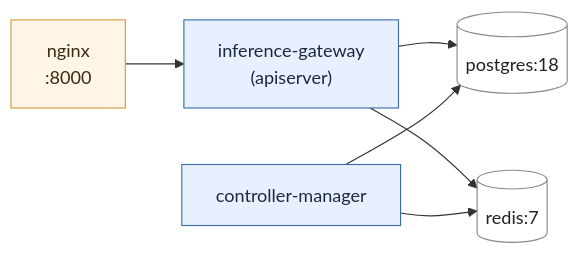
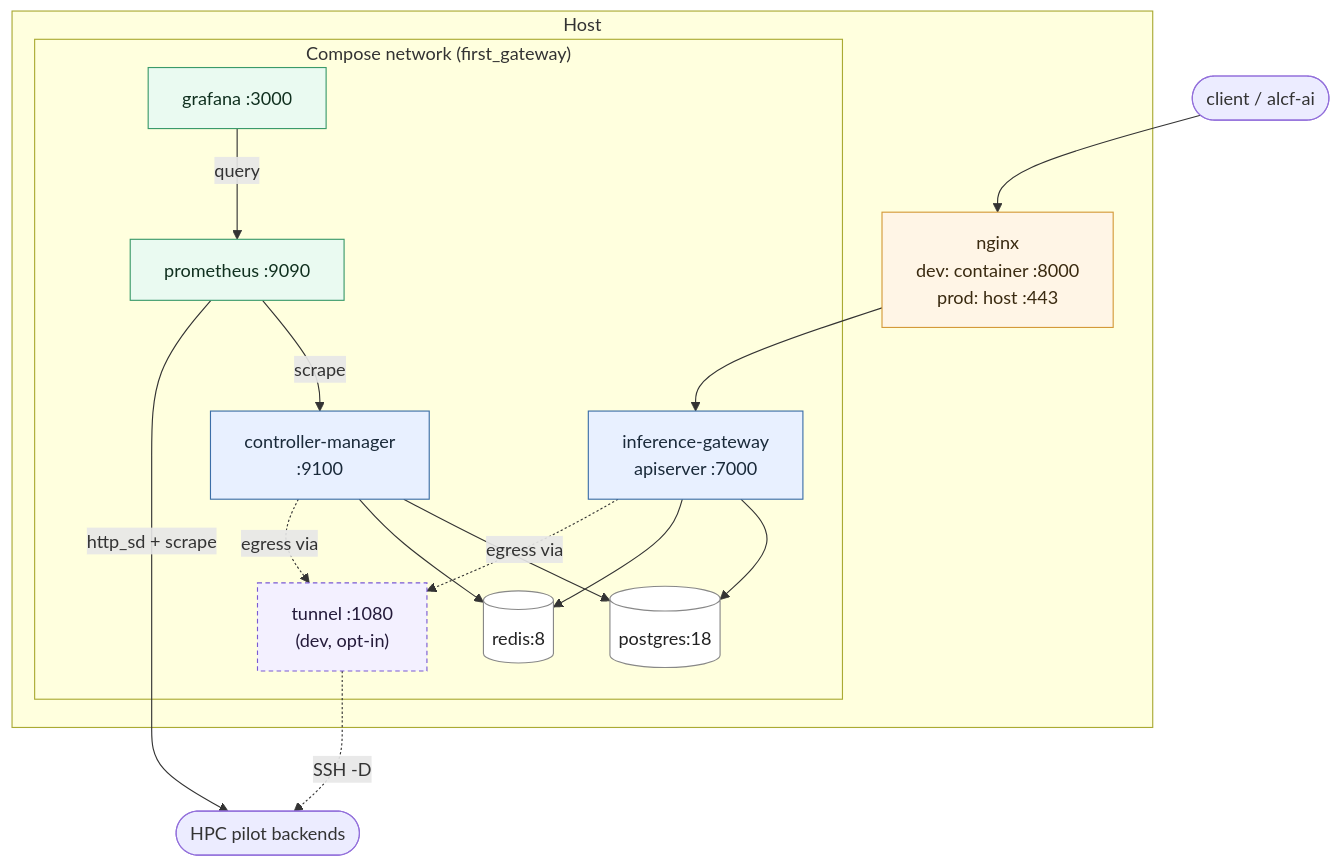
The diagram in docs/deployment/docker.md (argonne-lcf/FIRST), drawn with Mermaid before and after one commit. The commit also changed other lines of this file and 19 other files, not shown here.

````diff
--- a/docs/deployment/docker.md
+++ b/docs/deployment/docker.md
@@ -44,18 +23,34 @@
 ```mermaid
-flowchart LR
+flowchart TB
     classDef gw fill:#e8f0ff,stroke:#3b6ea8,color:#1a2a3a
     classDef store fill:#ffffff,stroke:#888,color:#222
     classDef proxy fill:#fff5e6,stroke:#d49a3a,color:#3a2a10
+    classDef obs fill:#eafaf1,stroke:#3a9a6a,color:#10301f
+    classDef opt fill:#f3f0ff,stroke:#7a5ad4,color:#241a3a,stroke-dasharray: 4 3
 
-    NX["nginx<br/>:8000"]:::proxy
-    API["inference-gateway<br/>(apiserver)"]:::gw
-    CM["controller-manager"]:::gw
-    PG[("postgres:18")]:::store
-    RD[("redis:7")]:::store
+    Client([client / alcf-ai])
 
-    NX --> API
-    API --> PG
-    API --> RD
-    CM --> PG
-    CM --> RD
+    subgraph host[Host]
+      NX["nginx<br/>dev: container :8000<br/>prod: host :443"]:::proxy
+      subgraph net["Compose network (first_gateway)"]
+        API["inference-gateway<br/>apiserver :7000"]:::gw
+        CM["controller-manager<br/>:9100"]:::gw
+        PG[("postgres:18")]:::store
+        RD[("redis:8")]:::store
+        PROM["prometheus :9090"]:::obs
+        GRAF["grafana :3000"]:::obs
+        TUN["tunnel :1080<br/>(dev, opt-in)"]:::opt
+      end
+    end
+    Pilot([HPC pilot backends])
+
+    Client --> NX --> API
+    API --> PG & RD
+    CM --> PG & RD
+    PROM -->|scrape| CM
+    PROM -->|http_sd + scrape| Pilot
+    GRAF -->|query| PROM
+    API -.egress via.-> TUN
+    CM -.egress via.-> TUN
+    TUN -.SSH -D.-> Pilot
 ```
````
